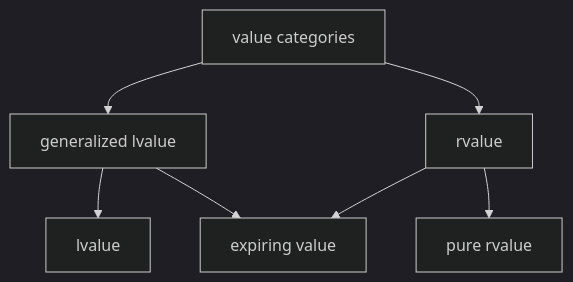
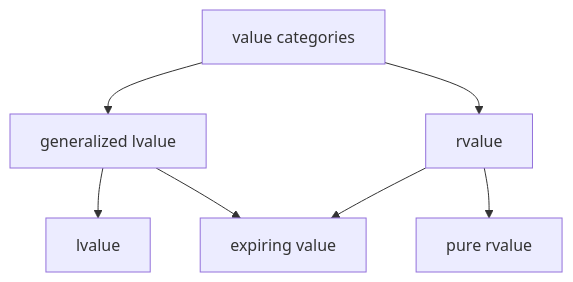
One commit to GlennVL-AP/cpp-programming-slides changed the diagram in slides/session_4/index.md. Above: the diagram before and after it, drawn with Mermaid. The commit also changed 1 other file, not shown here.

Commit message:
initialize mermaid once in reveal config

````diff
--- a/slides/session_4/index.md
+++ b/slides/session_4/index.md
@@ -18,10 +18,9 @@
 ```mermaid
-%%{init: {'theme': 'dark', 'themeVariables': { 'darkMode': true }}}%%
 graph TD;
     A["value categories"] --> B["generalized lvalue"];
     A --> C["rvalue"];
     B --> D["lvalue"];
     B --> E["expiring value"];
     C --> E;
     C --> F["pure rvalue"];
 ```
````
